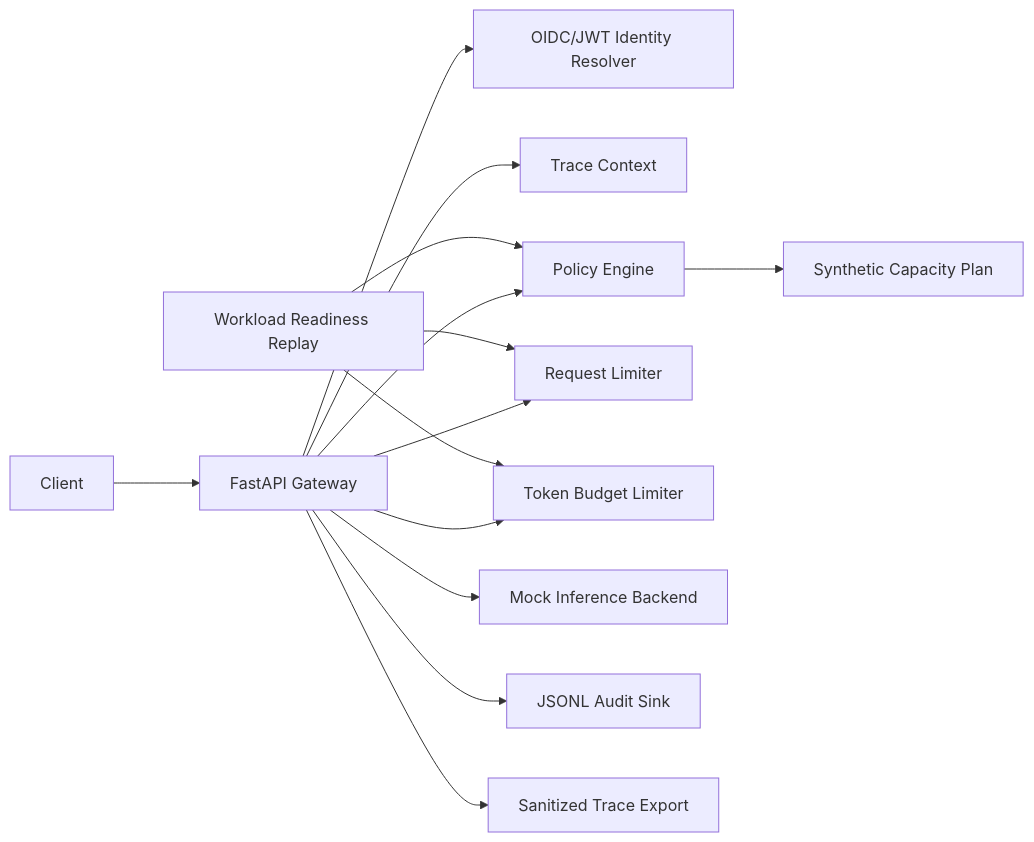
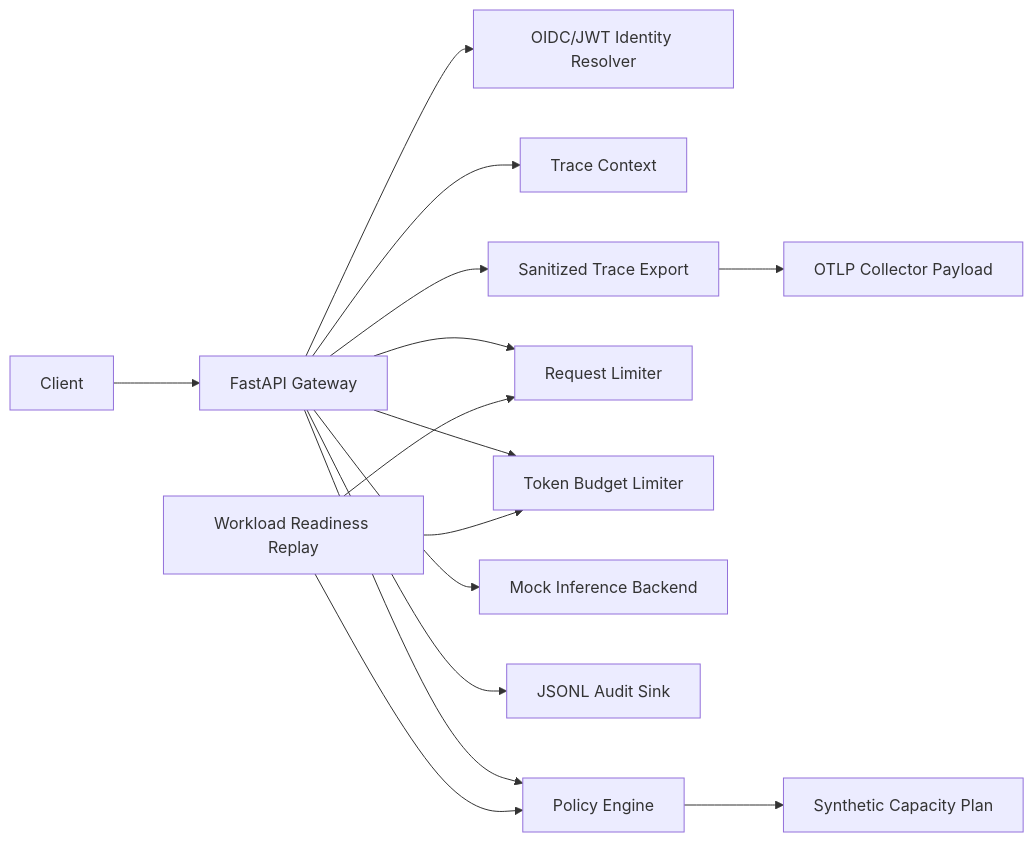
One commit to WaffleBits/secure-gpu-inference-gateway changed the diagram in ARCHITECTURE.md. Above: the diagram before and after it, drawn with Mermaid. The commit also changed other lines of this file and 11 other files, not shown here.

Commit message:
Add OTLP collector trace export proof

````diff
--- a/ARCHITECTURE.md
+++ b/ARCHITECTURE.md
@@ -3,16 +3,17 @@
 ```mermaid
 flowchart LR
     Client["Client"] --> API["FastAPI Gateway"]
     API --> Identity["OIDC/JWT Identity Resolver"]
     API --> Trace["Trace Context"]
     API --> Policy["Policy Engine"]
     API --> Limiter["Request Limiter"]
     API --> TokenBudget["Token Budget Limiter"]
     API --> Model["Mock Inference Backend"]
     API --> Audit["JSONL Audit Sink"]
     API --> TraceExport["Sanitized Trace Export"]
+    TraceExport --> Otlp["OTLP Collector Payload"]
     Policy --> Capacity["Synthetic Capacity Plan"]
     Replay["Workload Readiness Replay"] --> Policy
     Replay --> Limiter
     Replay --> TokenBudget
 ```
````
